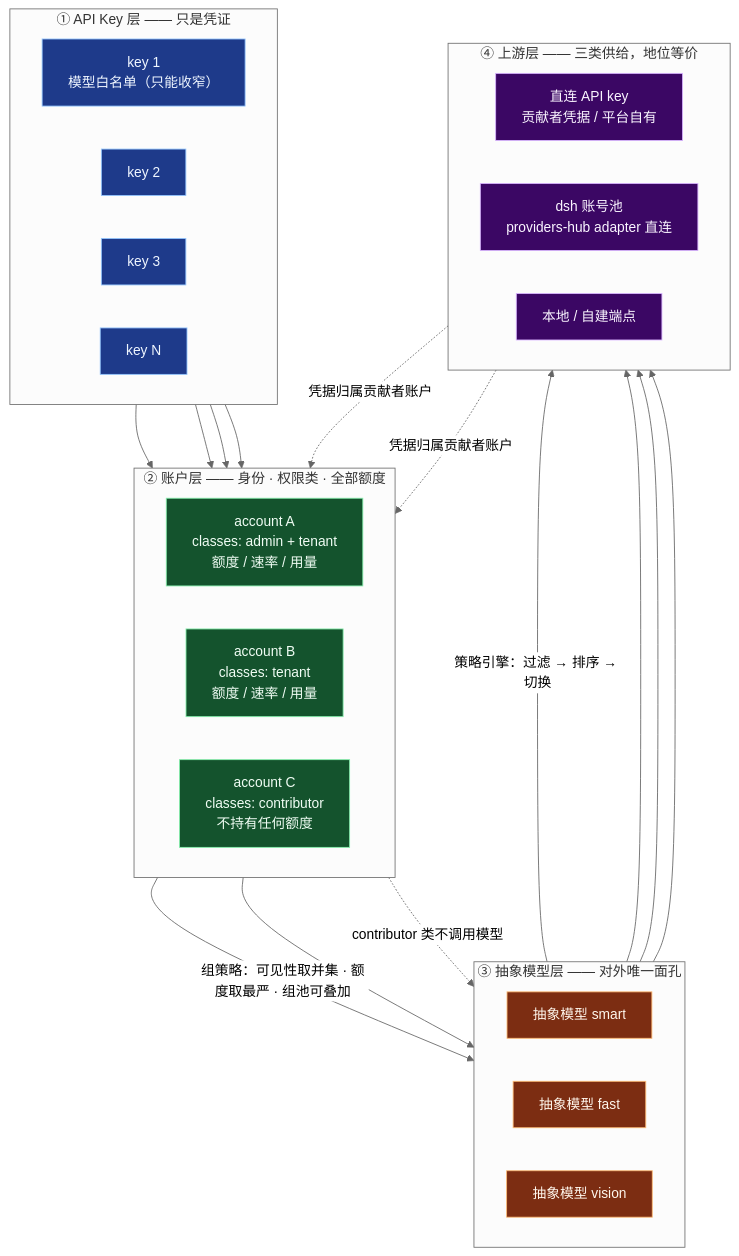
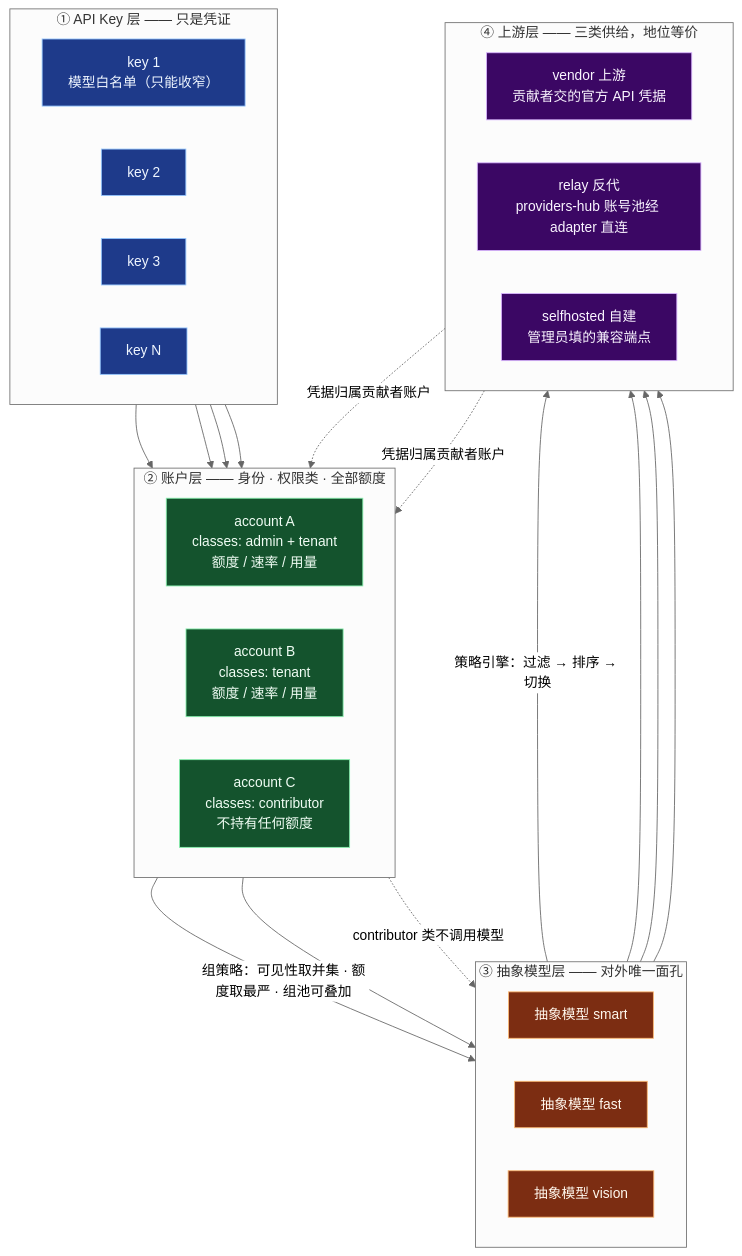
The first of 3 diagrams in docs/architecture/00-diagrams.md (LittleFishStars/FreeRouter), drawn with Mermaid (neutral theme) before and after one commit. The commit also changed 19 other files, not shown here.

First line of the commit message:
docs: 三类上游改名 relay/vendor/selfhosted（反代/上游/自建）+ 架构图重渲染

````diff
--- a/docs/architecture/00-diagrams.md
+++ b/docs/architecture/00-diagrams.md
@@ -17,54 +17,54 @@
 ```mermaid
 flowchart TB
     classDef keyfill fill:#1e3a8a,stroke:#93c5fd,color:#eff6ff
     classDef accfill fill:#14532d,stroke:#86efac,color:#f0fdf4
     classDef modfill fill:#7c2d12,stroke:#fdba74,color:#fff7ed
     classDef upfill fill:#3b0764,stroke:#d8b4fe,color:#faf5ff
     classDef note fill:#111827,stroke:#6b7280,color:#9ca3af,stroke-dasharray:4 3
 
     subgraph K["① API Key 层 —— 只是凭证"]
         direction LR
         K1["key 1<br/>模型白名单（只能收窄）"]:::keyfill
         K2["key 2"]:::keyfill
         K3["key 3"]:::keyfill
         K4["key N"]:::keyfill
     end
 
     subgraph A["② 账户层 —— 身份 · 权限类 · 全部额度"]
         direction LR
         A1["account A<br/>classes: admin + tenant<br/>额度 / 速率 / 用量"]:::accfill
         A2["account B<br/>classes: tenant<br/>额度 / 速率 / 用量"]:::accfill
         A3["account C<br/>classes: contributor<br/>不持有任何额度"]:::accfill
     end
 
     subgraph M["③ 抽象模型层 —— 对外唯一面孔"]
         direction LR
         M1["抽象模型 smart"]:::modfill
         M2["抽象模型 fast"]:::modfill
         M3["抽象模型 vision"]:::modfill
     end
 
     subgraph S["④ 上游层 —— 三类供给，地位等价"]
         direction LR
-        S1["直连 API key<br/>贡献者凭据 / 平台自有"]:::upfill
-        S2["dsh 账号池<br/>providers-hub adapter 直连"]:::upfill
-        S3["本地 / 自建端点"]:::upfill
+        S1["vendor 上游<br/>贡献者交的官方 API 凭据"]:::upfill
+        S2["relay 反代<br/>providers-hub 账号池经 adapter 直连"]:::upfill
+        S3["selfhosted 自建<br/>管理员填的兼容端点"]:::upfill
     end
 
     K1 --> A1
     K2 --> A1
     K3 --> A2
     K4 --> A2
 
     A1 -->|"组策略：可见性取并集 · 额度取最严 · 组池可叠加"| M1
     A2 --> M2
     A3 -. "contributor 类不调用模型" .-> M3
 
     M1 -->|"策略引擎：过滤 → 排序 → 切换"| S1
     M1 --> S2
     M2 --> S2
     M3 --> S3
 
     S1 -. "凭据归属贡献者账户" .-> A3
     S2 -. "凭据归属贡献者账户" .-> A3
 ```
````
